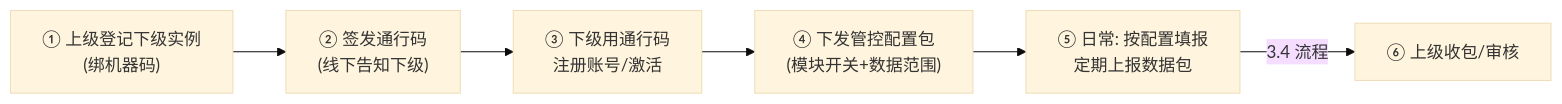
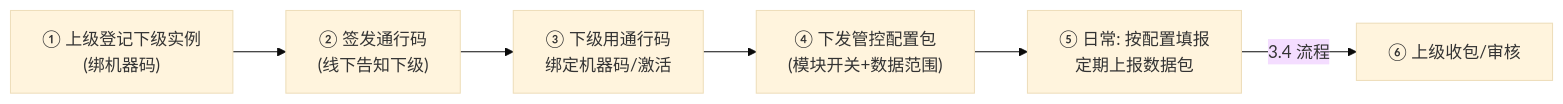
One commit to lzh745200/MRRS changed the sixth of 7 diagrams in docs/03-开发文档/00-需求规格说明书/01-需求规格说明书.md. Above: the diagram before and after it, drawn with Mermaid (base theme). The commit also changed other lines of this file and 91 other files, not shown here.

````diff
--- a/docs/03-开发文档/00-需求规格说明书/01-需求规格说明书.md
+++ b/docs/03-开发文档/00-需求规格说明书/01-需求规格说明书.md
@@ -213,8 +215,8 @@
 ```mermaid
 graph LR
     A["① 上级登记下级实例<br/>(绑机器码)"] --> B["② 签发通行码<br/>(线下告知下级)"]
-    B --> C["③ 下级用通行码<br/>注册账号/激活"]
+    B --> C["③ 下级用通行码<br/>绑定机器码/激活"]
     C --> D["④ 下发管控配置包<br/>(模块开关+数据范围)"]
     D --> E["⑤ 日常: 按配置填报<br/>定期上报数据包"]
     E -->|"3.4 流程"| F["⑥ 上级收包/审核"]
 ```
````
